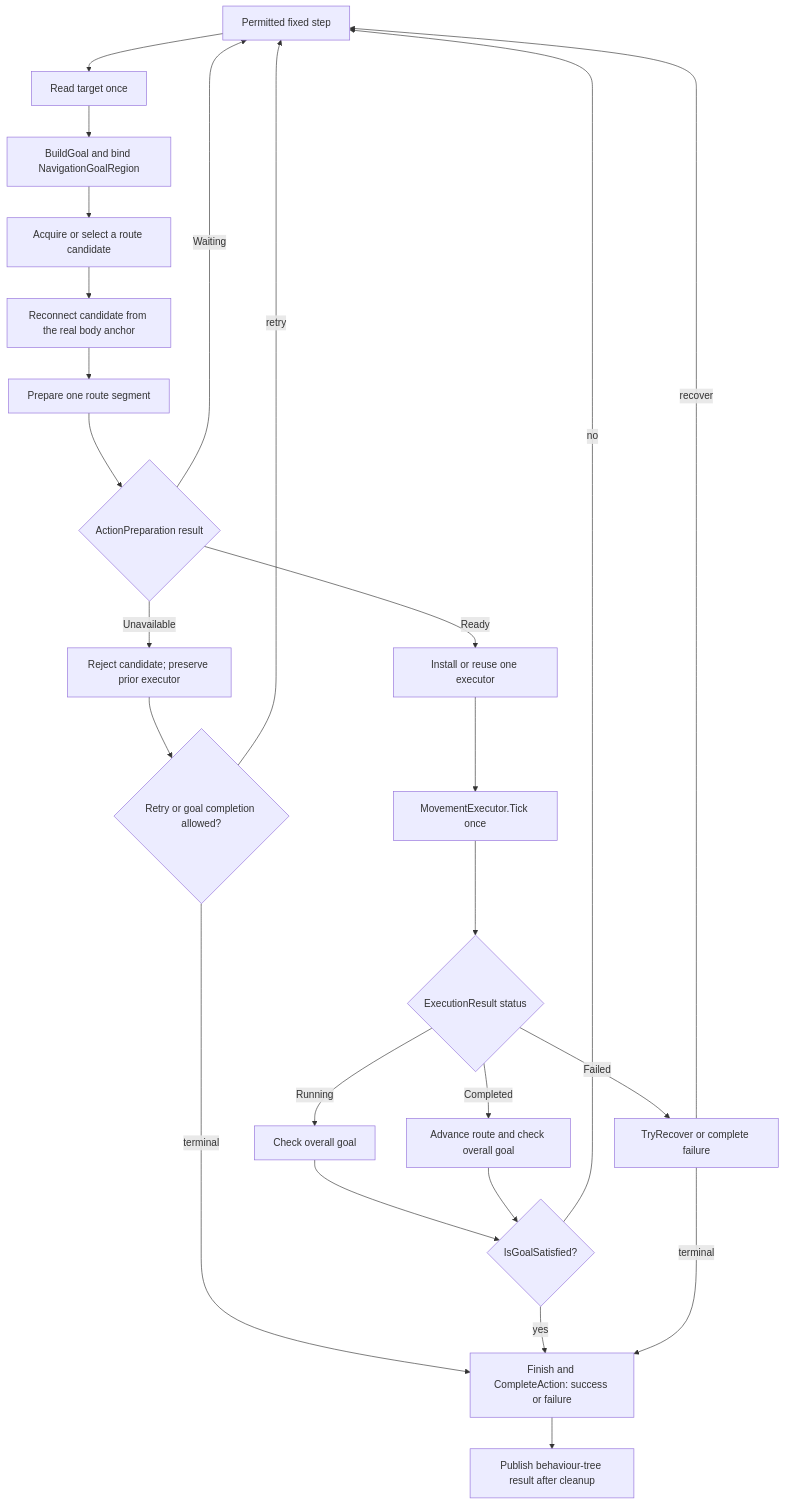
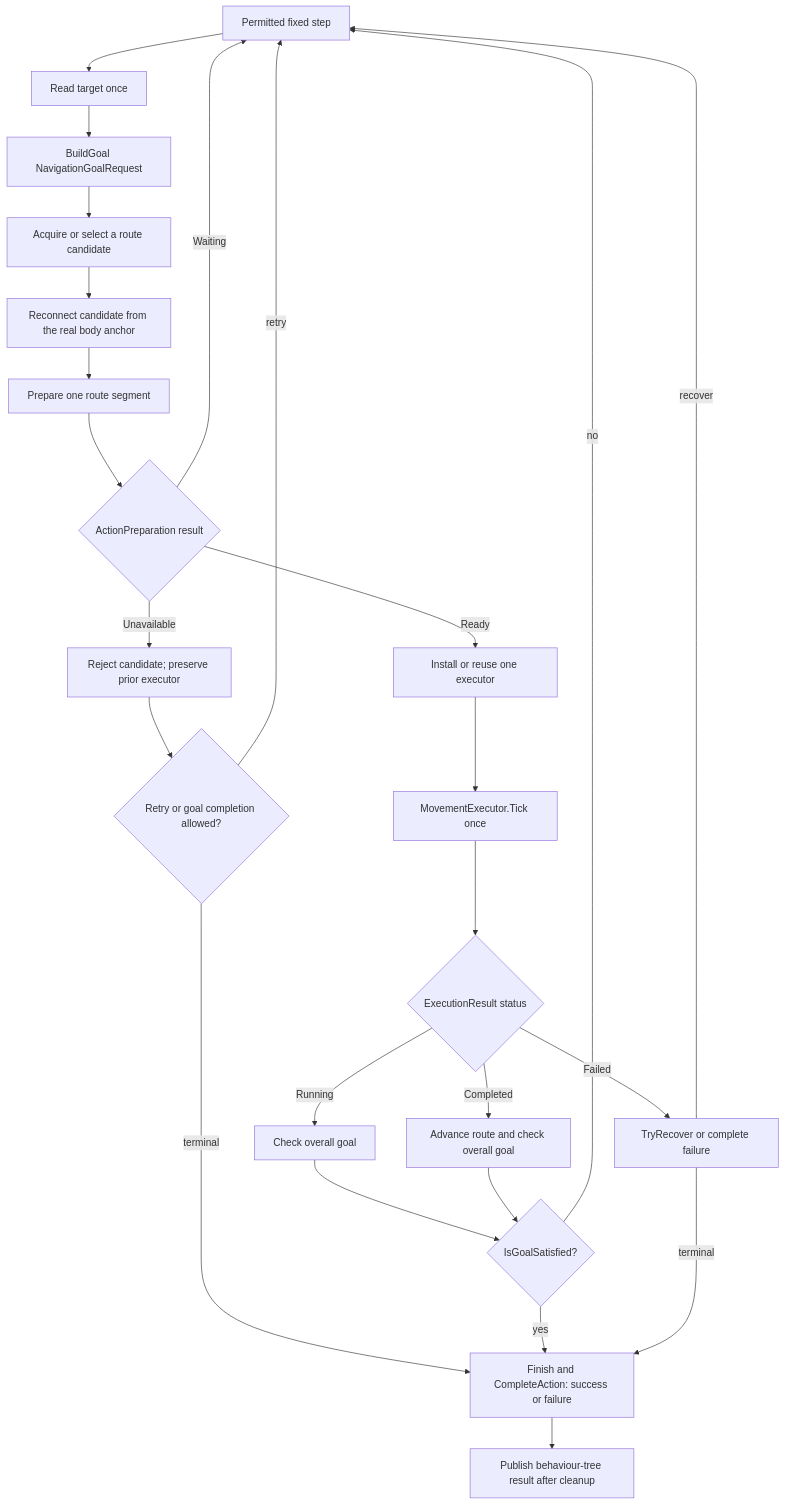
One commit to minerva-studio/aethiumian-ai changed the second of 2 diagrams in Documentation~/navigation-action-lifecycle.md. Above: the diagram before and after it, drawn with Mermaid. The commit also changed other lines of this file and 39 other files, not shown here.

Commit message:
Remove Navigation Goal Region

````diff
--- a/Documentation~/navigation-action-lifecycle.md
+++ b/Documentation~/navigation-action-lifecycle.md
@@ -36,27 +36,27 @@
 ```mermaid
 flowchart TD
     A[Permitted fixed step] --> B[Read target once]
-    B --> C[BuildGoal and bind NavigationGoalRegion]
+    B --> C[BuildGoal NavigationGoalRequest]
     C --> D[Acquire or select a route candidate]
     D --> E[Reconnect candidate from the real body anchor]
     E --> F[Prepare one route segment]
     F --> G{ActionPreparation result}
     G -- Waiting --> A
     G -- Unavailable --> H[Reject candidate; preserve prior executor]
     H --> I{Retry or goal completion allowed?}
     I -- retry --> A
     I -- terminal --> N["Finish and CompleteAction: success or failure"]
     G -- Ready --> J[Install or reuse one executor]
     J --> K[MovementExecutor.Tick once]
     K --> L{ExecutionResult status}
     L -- Running --> M[Check overall goal]
     L -- Completed --> O[Advance route and check overall goal]
     M --> P{IsGoalSatisfied?}
     O --> P
     P -- no --> A
     P -- yes --> N
     L -- Failed --> Q[TryRecover or complete failure]
     Q -- recover --> A
     Q -- terminal --> N
     N --> R[Publish behaviour-tree result after cleanup]
 ```
````
